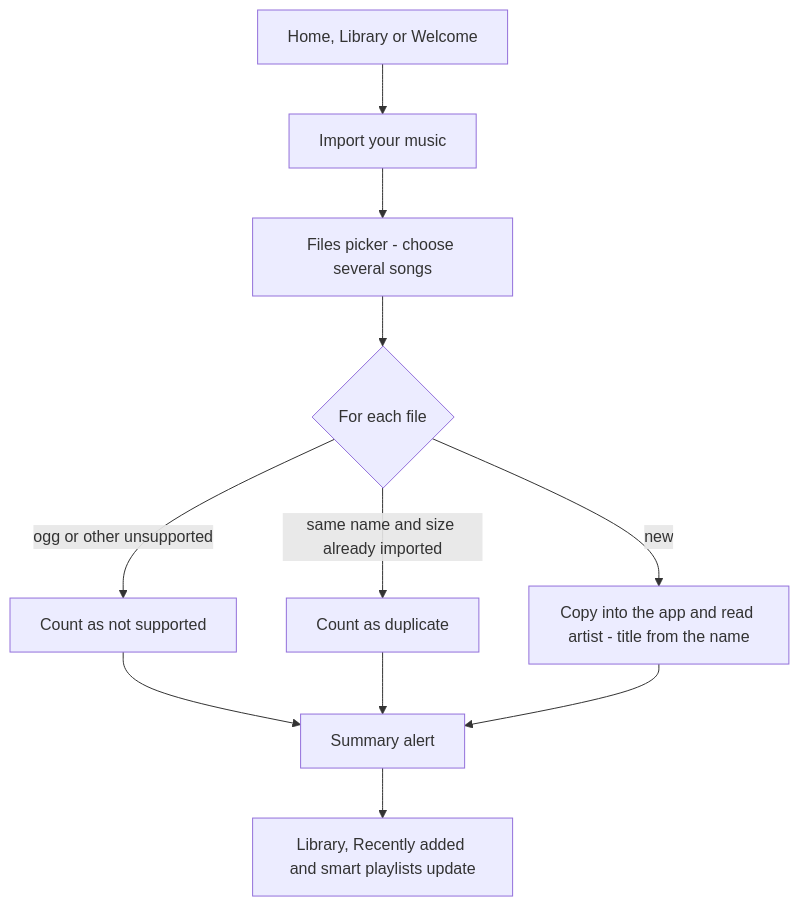
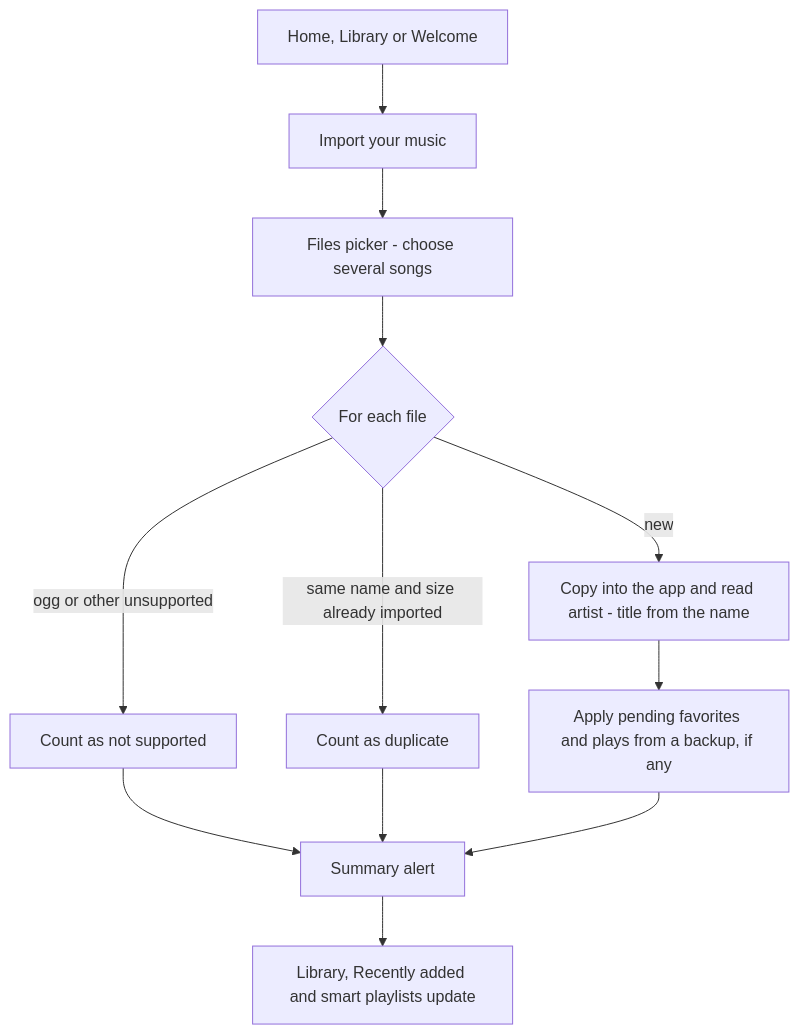
One commit to sabrinasalomon/CoryMusic changed the third of 7 diagrams in docs/USER_FLOWS.md. Above: the diagram before and after it, drawn with Mermaid. The commit also changed other lines of this file and 22 other files, not shown here.

````diff
--- a/docs/USER_FLOWS.md
+++ b/docs/USER_FLOWS.md
@@ -55,11 +56,12 @@
 ```mermaid
 flowchart TD
     A[Home, Library or Welcome] --> B[Import your music]
     B --> C[Files picker - choose several songs]
     C --> D{For each file}
     D -- ogg or other unsupported --> E[Count as not supported]
     D -- same name and size already imported --> F[Count as duplicate]
     D -- new --> G[Copy into the app and read artist - title from the name]
-    E & F & G --> H[Summary alert]
+    G --> P[Apply pending favorites and plays from a backup, if any]
+    E & F & P --> H[Summary alert]
     H --> I[Library, Recently added and smart playlists update]
 ```
````
